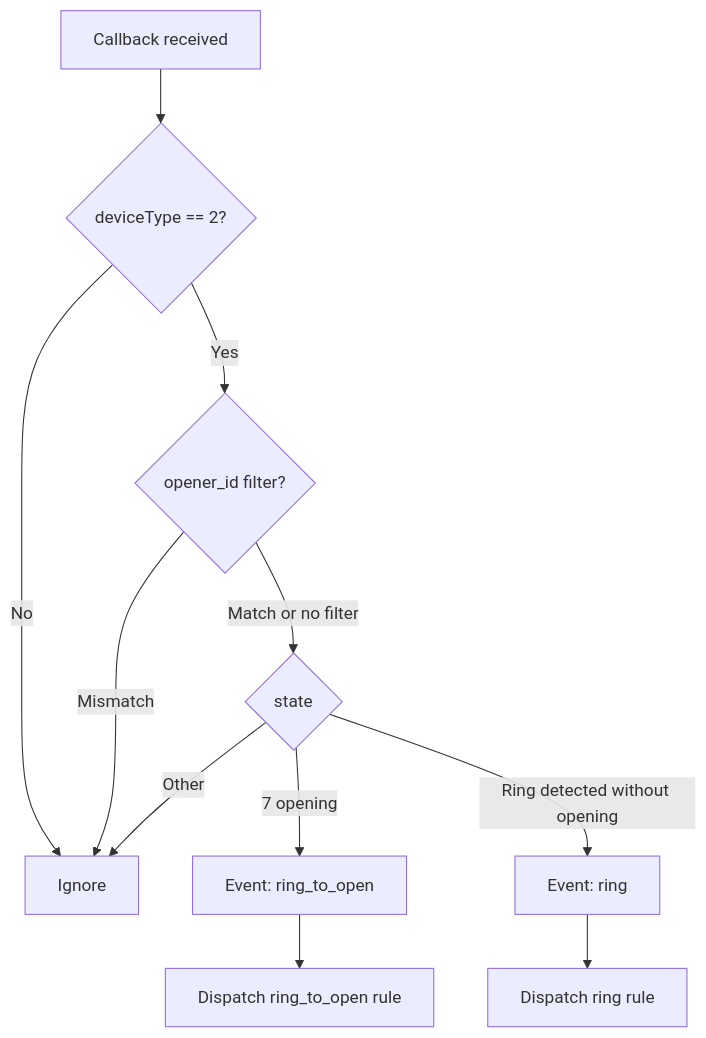
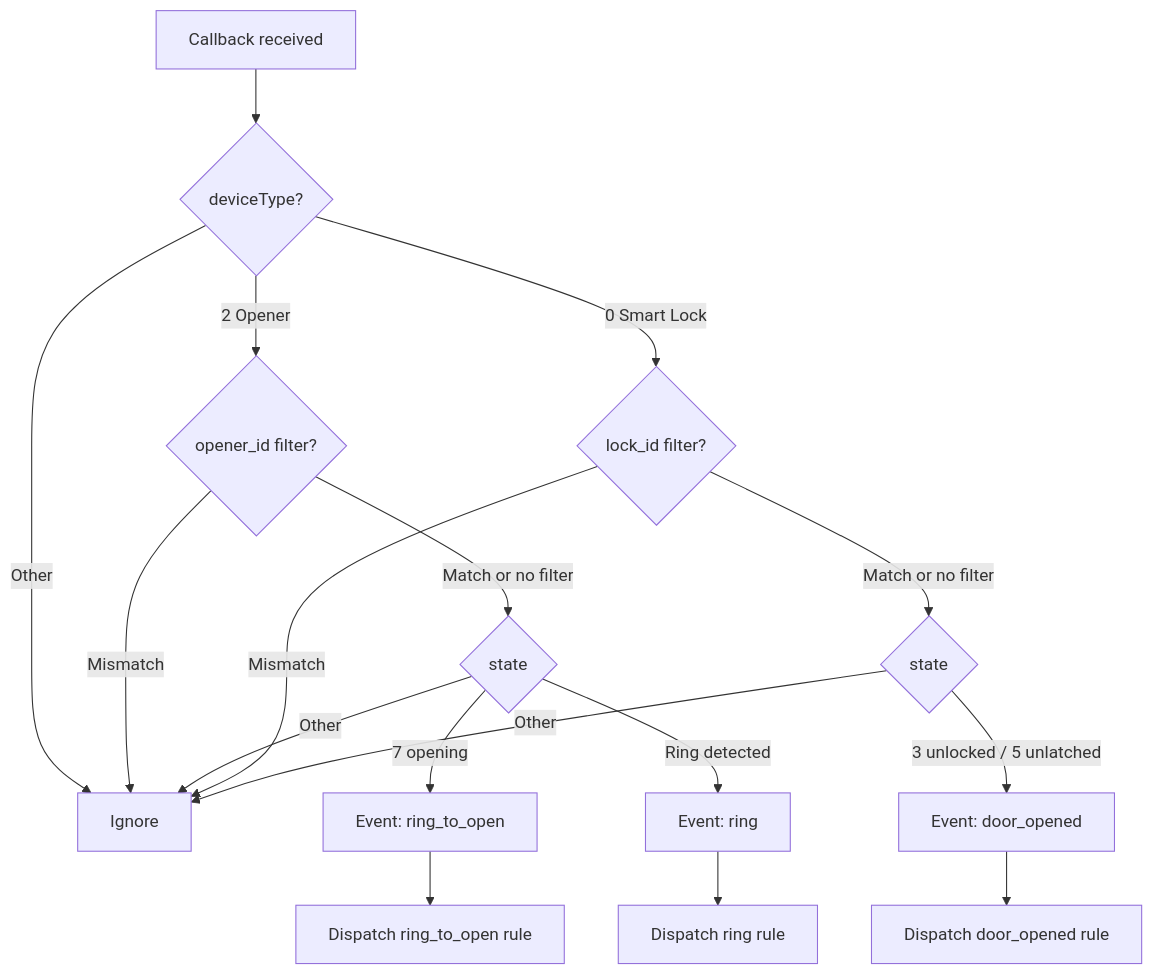
One commit to nicdobler/NukiBlinker changed the third of 4 diagrams in specs/tech-spec.md. Above: the diagram before and after it, drawn with Mermaid. The commit also changed other lines of this file and 1 other file, not shown here.

Commit message:
docs: add Smart Lock door-opened event, chime audio mode, audio module

````diff
--- a/specs/tech-spec.md
+++ b/specs/tech-spec.md
@@ -422,13 +461,19 @@
 ```mermaid
 flowchart TD
-    A[Callback received] --> B{deviceType == 2?}
-    B -->|No| C[Ignore]
-    B -->|Yes| D{opener_id filter?}
+    A[Callback received] --> B{deviceType?}
+    B -->|2 Opener| D{opener_id filter?}
+    B -->|0 Smart Lock| J{lock_id filter?}
+    B -->|Other| C[Ignore]
     D -->|Mismatch| C
     D -->|Match or no filter| E{state}
     E -->|7 opening| F[Event: ring_to_open]
-    E -->|Ring detected without opening| G[Event: ring]
+    E -->|Ring detected| G[Event: ring]
     E -->|Other| C
+    J -->|Mismatch| C
+    J -->|Match or no filter| K{state}
+    K -->|3 unlocked / 5 unlatched| L[Event: door_opened]
+    K -->|Other| C
     F --> H[Dispatch ring_to_open rule]
     G --> I[Dispatch ring rule]
+    L --> M[Dispatch door_opened rule]
 ```
````
